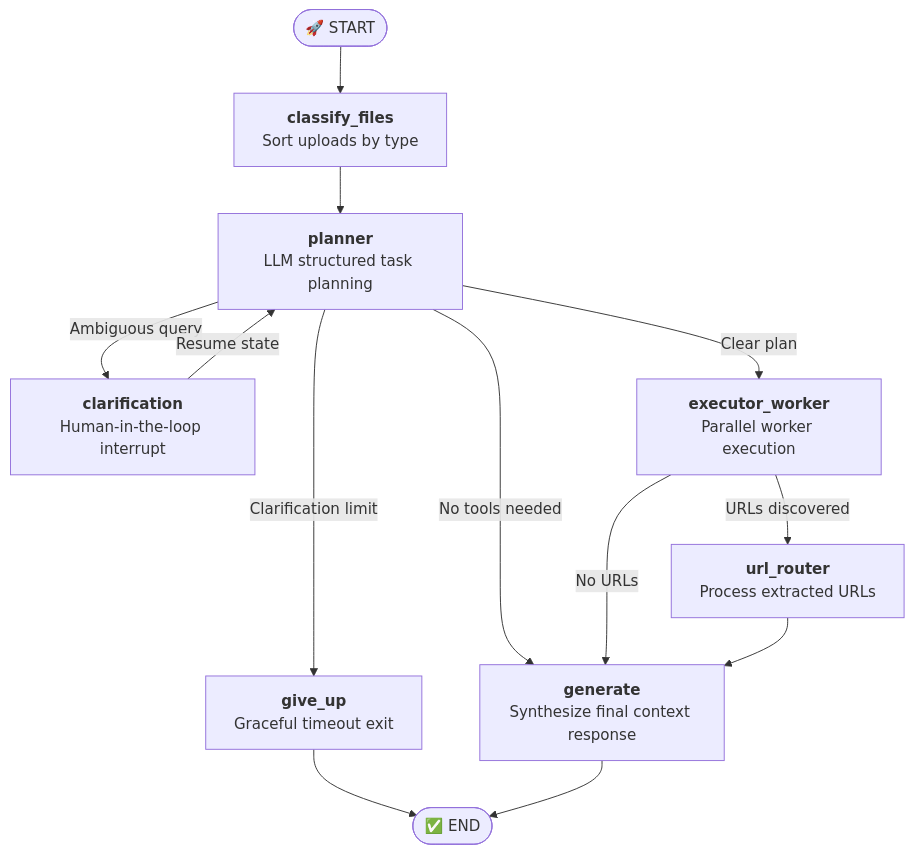
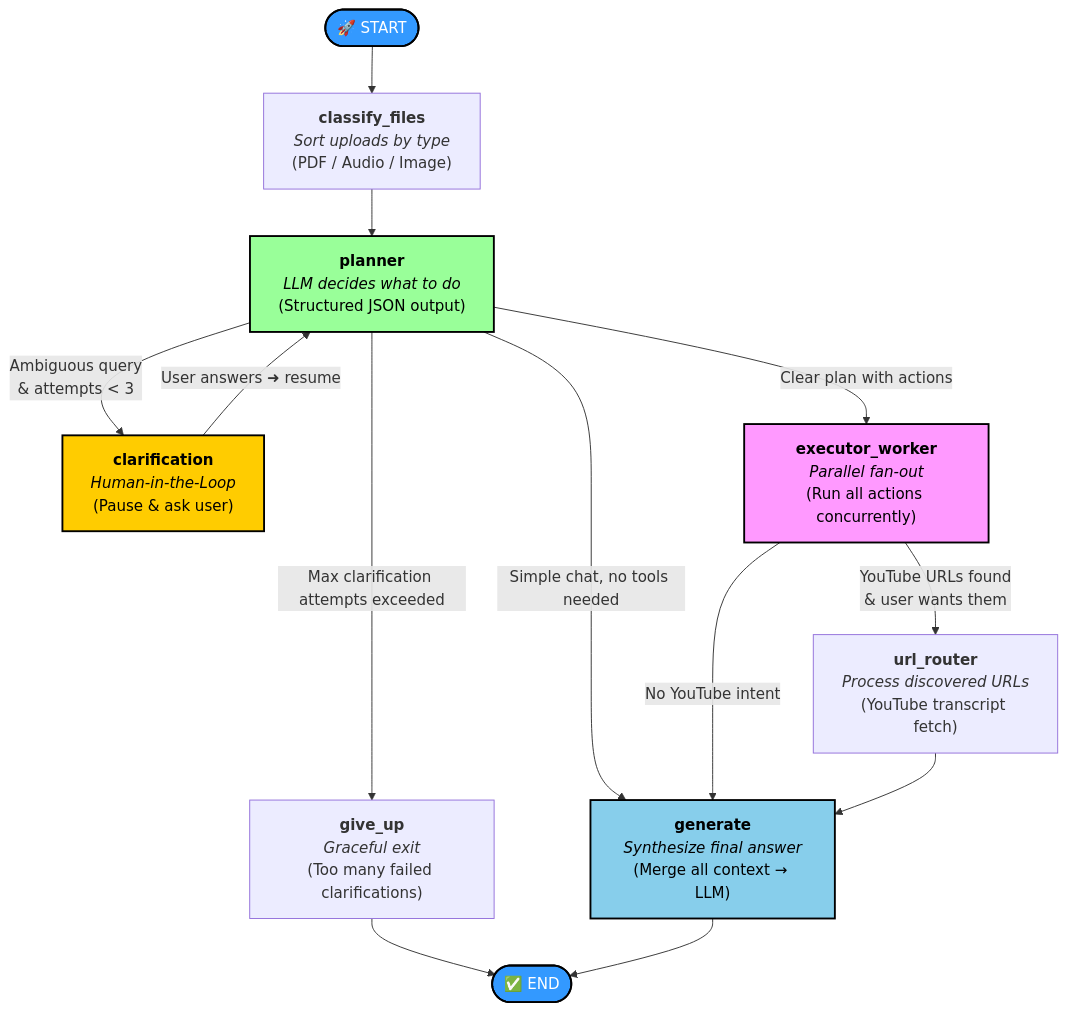
One commit to zeuspavilion/Multimodal-RAG-Pipeline-by-LangGraph changed the second of 2 diagrams in README.md. Above: the diagram before and after it, drawn with Mermaid. The commit also changed other lines of this file, not shown here.

````diff
--- a/README.md
+++ b/README.md
@@ -114,25 +188,36 @@
 ```mermaid
 flowchart TD
     START([🚀 START])
-    ClassifyRoute["<strong>classify_files</strong><br/>Sort uploads by type"]
-    Planner["<strong>planner</strong><br/>LLM structured task planning"]
-    Clarification["<strong>clarification</strong><br/>Human-in-the-loop interrupt"]
-    ExecutorWorker["<strong>executor_worker</strong><br/>Parallel worker execution"]
-    URLRouter["<strong>url_router</strong><br/>Process extracted URLs"]
-    Generate["<strong>generate</strong><br/>Synthesize final context response"]
-    GiveUp["<strong>give_up</strong><br/>Graceful timeout exit"]
+    ClassifyRoute["<strong>classify_files</strong><br/><em>Sort uploads by type</em><br/>(PDF / Audio / Image)"]
+    Planner["<strong>planner</strong><br/><em>LLM decides what to do</em><br/>(Structured JSON output)"]
+    Clarification["<strong>clarification</strong><br/><em>Human-in-the-Loop</em><br/>(Pause & ask user)"]
+    ExecutorWorker["<strong>executor_worker</strong><br/><em>Parallel fan-out</em><br/>(Run all actions concurrently)"]
+    URLRouter["<strong>url_router</strong><br/><em>Process discovered URLs</em><br/>(YouTube transcript fetch)"]
+    Generate["<strong>generate</strong><br/><em>Synthesize final answer</em><br/>(Merge all context → LLM)"]
+    GiveUp["<strong>give_up</strong><br/><em>Graceful exit</em><br/>(Too many failed clarifications)"]
     END([✅ END])
 
     START --> ClassifyRoute
     ClassifyRoute --> Planner
-    Planner -->|"Ambiguous query"| Clarification
-    Planner -->|"Clear plan"| ExecutorWorker
-    Planner -->|"No tools needed"| Generate
-    Planner -->|"Clarification limit"| GiveUp
-    Clarification -->|"Resume state"| Planner
-    ExecutorWorker -->|"URLs discovered"| URLRouter
-    ExecutorWorker -->|"No URLs"| Generate
+
+    Planner -->|"Ambiguous query<br/>& attempts < 3"| Clarification
+    Planner -->|"Clear plan with actions"| ExecutorWorker
+    Planner -->|"Simple chat, no tools needed"| Generate
+    Planner -->|"Max clarification attempts exceeded"| GiveUp
+
+    Clarification -->|"User answers ➜ resume"| Planner
+
+    ExecutorWorker -->|"YouTube URLs found<br/>& user wants them"| URLRouter
+    ExecutorWorker -->|"No YouTube intent"| Generate
+
     URLRouter --> Generate
     GiveUp --> END
     Generate --> END
+
+    style START fill:#3399FF,stroke:#000,stroke-width:2px,color:#fff
+    style END fill:#3399FF,stroke:#000,stroke-width:2px,color:#fff
+    style Clarification fill:#FFCC00,stroke:#000,stroke-width:2px,color:#000
+    style Planner fill:#99FF99,stroke:#000,stroke-width:2px,color:#000
+    style ExecutorWorker fill:#FF99FF,stroke:#000,stroke-width:2px,color:#000
+    style Generate fill:#87CEEB,stroke:#000,stroke-width:2px,color:#000
 ```
````
